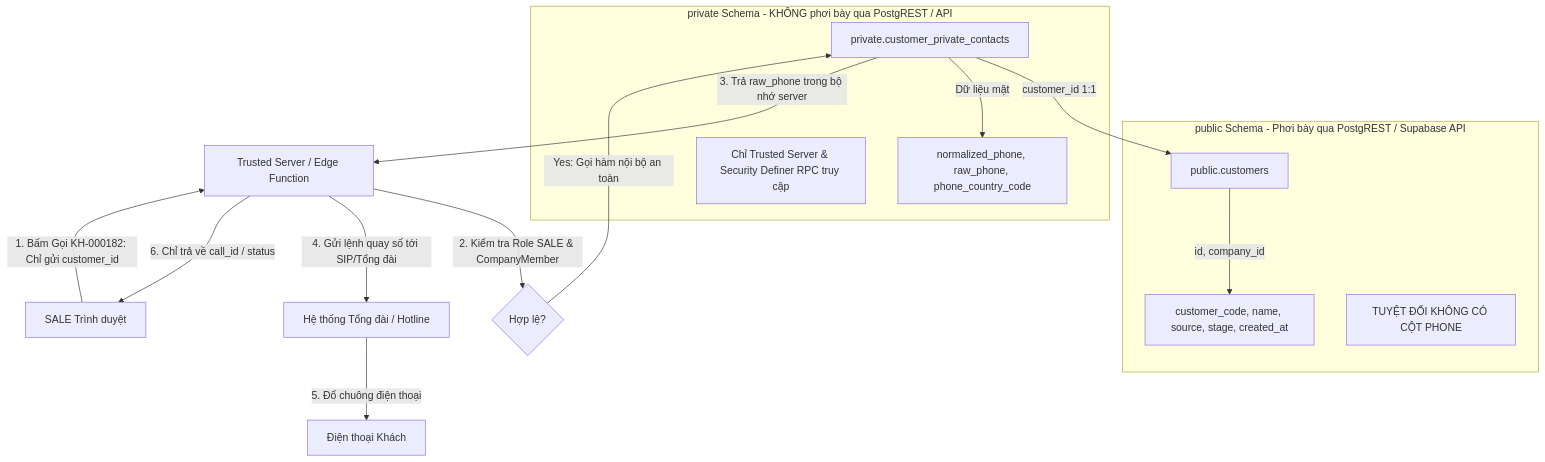
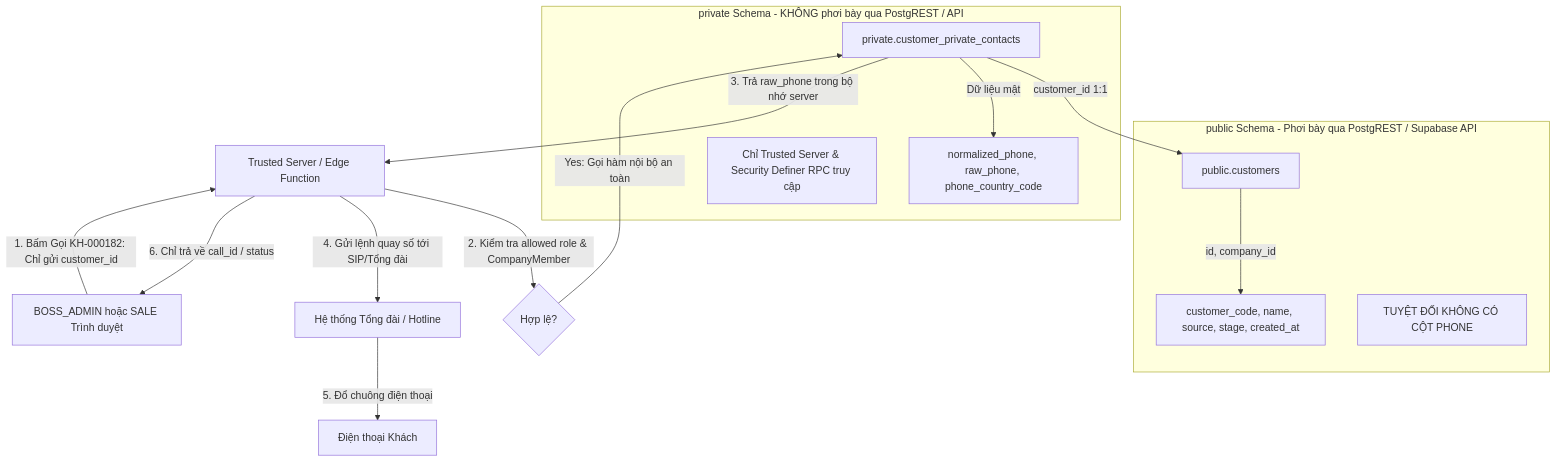
The diagram in docs/SUPABASE_SCHEMA_DESIGN.md (hoanganhngo847-a11y/ai-crm-cua-chong-ngap), drawn with Mermaid before and after one commit. The commit also changed other lines of this file and 16 other files, not shown here.

````diff
--- a/docs/SUPABASE_SCHEMA_DESIGN.md
+++ b/docs/SUPABASE_SCHEMA_DESIGN.md
@@ -110,23 +110,23 @@
 ```mermaid
 graph TD
     subgraph Public Schema [public Schema - Phơi bày qua PostgREST / Supabase API]
         C[public.customers]
         C -->|id, company_id| C_Fields[customer_code, name, source, stage, created_at]
         Note1[TUYỆT ĐỐI KHÔNG CÓ CỘT PHONE]
     end
 
     subgraph Private Schema [private Schema - KHÔNG phơi bày qua PostgREST / API]
         CPC[private.customer_private_contacts]
         CPC -->|customer_id 1:1| C
         CPC -->|Dữ liệu mật| P_Fields[normalized_phone, raw_phone, phone_country_code]
         Note2[Chỉ Trusted Server & Security Definer RPC truy cập]
     end
 
-    SALE_UI[SALE Trình duyệt] -->|1. Bấm Gọi KH-000182: Chỉ gửi customer_id| Server[Trusted Server / Edge Function]
-    Server -->|2. Kiểm tra Role SALE & CompanyMember| AuthZ{Hợp lệ?}
+    CALLER_UI[BOSS_ADMIN hoặc SALE Trình duyệt] -->|1. Bấm Gọi KH-000182: Chỉ gửi customer_id| Server[Trusted Server / Edge Function]
+    Server -->|2. Kiểm tra allowed role & CompanyMember| AuthZ{Hợp lệ?}
     AuthZ -->|Yes: Gọi hàm nội bộ an toàn| CPC
     CPC -->|3. Trả raw_phone trong bộ nhớ server| Server
     Server -->|4. Gửi lệnh quay số tới SIP/Tổng đài| PBX[Hệ thống Tổng đài / Hotline]
     PBX -->|5. Đổ chuông điện thoại| CustomerPhone[Điện thoại Khách]
-    Server -->|6. Chỉ trả về call_id / status| SALE_UI
+    Server -->|6. Chỉ trả về call_id / status| CALLER_UI
 ```
````
